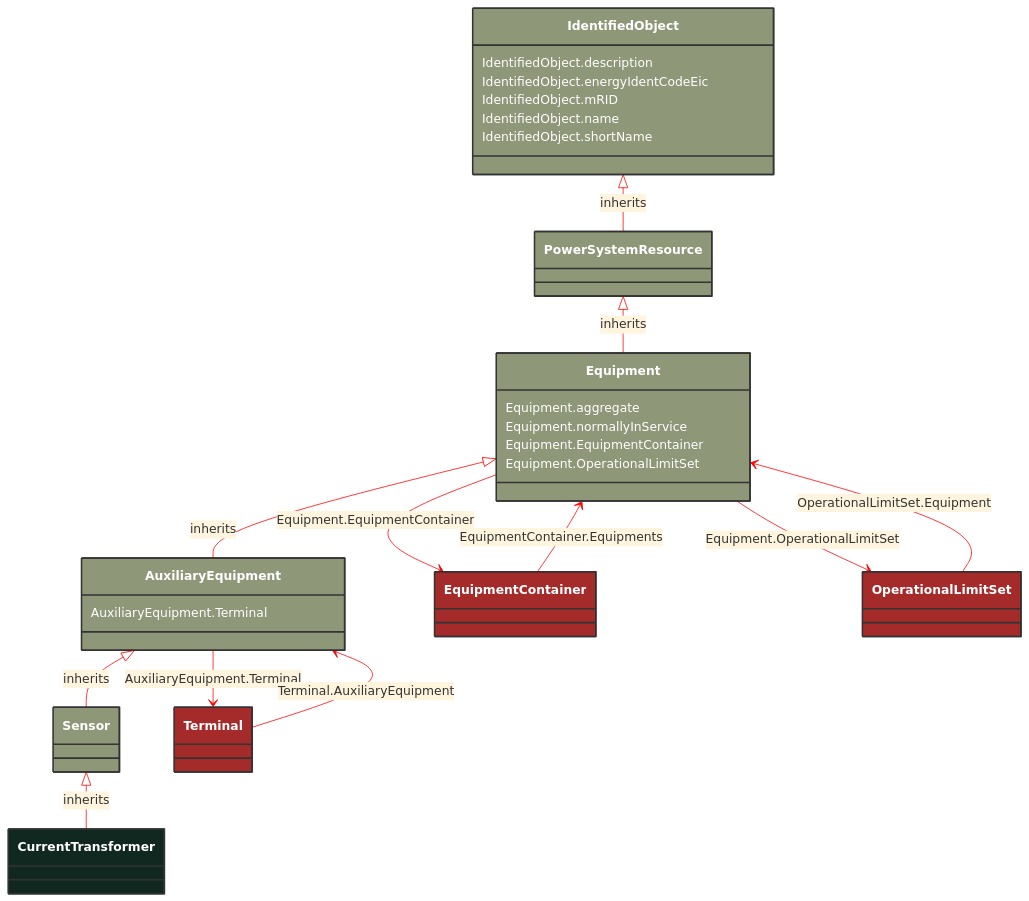
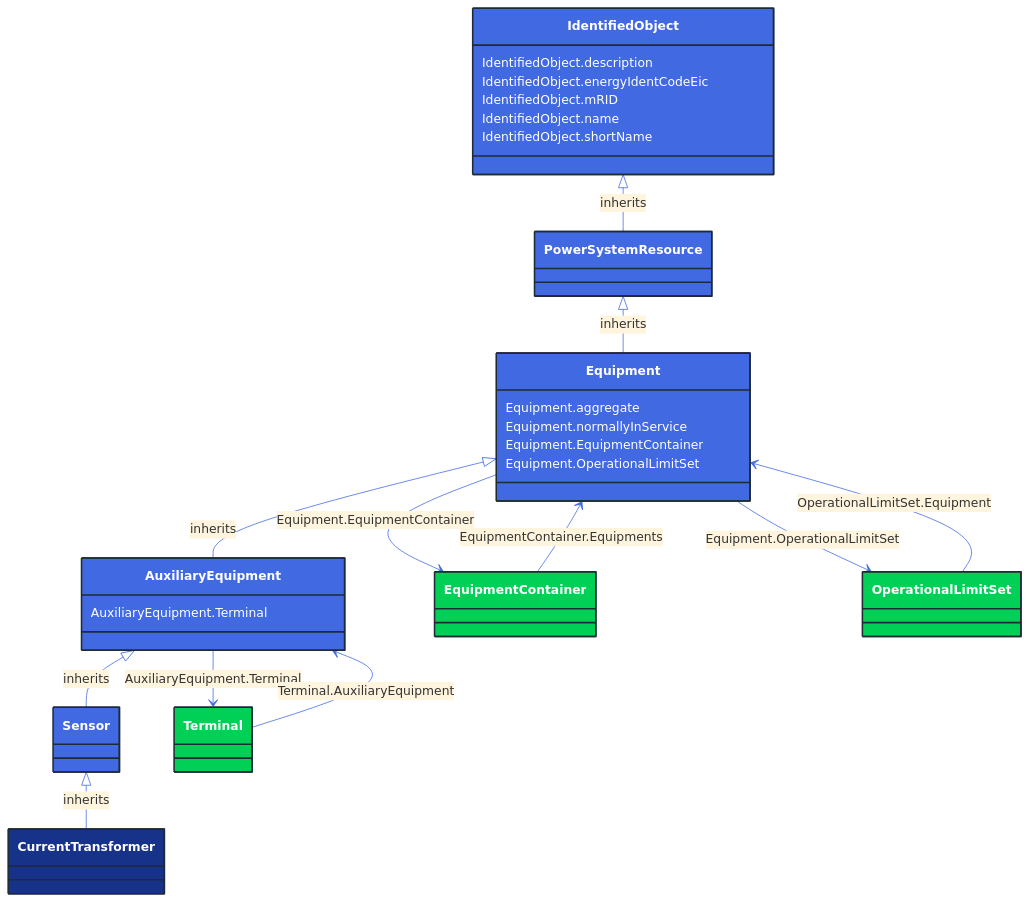
One commit to 3lbits/NoCIMExtensions changed the diagram in docs/Models/Profiles/CoreEquipment/ConcreteClasses/CurrentTransformer.md. Above: the diagram before and after it, drawn with Mermaid. The commit also changed 362 other files, not shown here.

First line of the commit message:
Update diagrams and styles for improved visual consistency

````diff
--- a/docs/Models/Profiles/CoreEquipment/ConcreteClasses/CurrentTransformer.md
+++ b/docs/Models/Profiles/CoreEquipment/ConcreteClasses/CurrentTransformer.md
@@ -8,73 +8,73 @@
 ```mermaid
-%%{init: {'theme':'base','themeVariables': {'lineColor': '#FF0000'}}}%%
+%%{init: {'theme':'base','themeVariables': {'lineColor': '#4169E1'}}}%%
 classDiagram
     class CurrentTransformer
     click CurrentTransformer href "/Models/Profiles/CoreEquipment/ConcreteClasses/CurrentTransformer/"
-    style CurrentTransformer fill:#102820,stroke:#333,stroke-width:2px,rx:10,ry:10,color:white
+    style CurrentTransformer fill:#163289,stroke:#1F2A37,stroke-width:2px,rx:10,ry:10,color:white
      
         Sensor <|-- CurrentTransformer : inherits
             click Sensor href "/Models/Profiles/CoreEquipment/AbstractClasses/Sensor/"
-            style Sensor fill:#8F9779,stroke:#333,stroke-width:2px,rx:10,ry:10,color:white
+            style Sensor fill:#4169E1,stroke:#1F2A37,stroke-width:2px,rx:10,ry:10,color:white
      
         AuxiliaryEquipment <|-- Sensor : inherits
             click AuxiliaryEquipment href "/Models/Profiles/CoreEquipment/AbstractClasses/AuxiliaryEquipment/"
-            style AuxiliaryEquipment fill:#8F9779,stroke:#333,stroke-width:2px,rx:10,ry:10,color:white
+            style AuxiliaryEquipment fill:#4169E1,stroke:#1F2A37,stroke-width:2px,rx:10,ry:10,color:white
      
         Equipment <|-- AuxiliaryEquipment : inherits
             click Equipment href "/Models/Profiles/CoreEquipment/AbstractClasses/Equipment/"
-            style Equipment fill:#8F9779,stroke:#333,stroke-width:2px,rx:10,ry:10,color:white
+            style Equipment fill:#4169E1,stroke:#1F2A37,stroke-width:2px,rx:10,ry:10,color:white
      
         PowerSystemResource <|-- Equipment : inherits
             click PowerSystemResource href "/Models/Profiles/CoreEquipment/AbstractClasses/PowerSystemResource/"
-            style PowerSystemResource fill:#8F9779,stroke:#333,stroke-width:2px,rx:10,ry:10,color:white
+            style PowerSystemResource fill:#4169E1,stroke:#1F2A37,stroke-width:2px,rx:10,ry:10,color:white
      
         IdentifiedObject <|-- PowerSystemResource : inherits
             click IdentifiedObject href "/Models/Profiles/CoreEquipment/AbstractClasses/IdentifiedObject/"
-            style IdentifiedObject fill:#8F9779,stroke:#333,stroke-width:2px,rx:10,ry:10,color:white
+            style IdentifiedObject fill:#4169E1,stroke:#1F2A37,stroke-width:2px,rx:10,ry:10,color:white
 
         AuxiliaryEquipment --> Terminal : AuxiliaryEquipment.Terminal
 
         Terminal
             click Terminal href "/Models/Profiles/CoreEquipment/ConcreteClasses/Terminal/"
-            style Terminal fill:#A52A2A,stroke:#333,stroke-width:2px,rx:10,ry:10,color:white
+            style Terminal fill:#00D156,stroke:#1F2A37,stroke-width:2px,rx:10,ry:10,color:white
         Equipment --> EquipmentContainer : Equipment.EquipmentContainer
 
         EquipmentContainer
             click EquipmentContainer href "/Models/Profiles/CoreEquipment/AbstractClasses/EquipmentContainer/"
-            style EquipmentContainer fill:#A52A2A,stroke:#333,stroke-width:2px,rx:10,ry:10,color:white
+            style EquipmentContainer fill:#00D156,stroke:#1F2A37,stroke-width:2px,rx:10,ry:10,color:white
         Equipment --> OperationalLimitSet : Equipment.OperationalLimitSet
 
         OperationalLimitSet
             click OperationalLimitSet href "/Models/Profiles/CoreEquipment/ConcreteClasses/OperationalLimitSet/"
-            style OperationalLimitSet fill:#A52A2A,stroke:#333,stroke-width:2px,rx:10,ry:10,color:white
+            style OperationalLimitSet fill:#00D156,stroke:#1F2A37,stroke-width:2px,rx:10,ry:10,color:white
 
         EquipmentContainer --> Equipment : EquipmentContainer.Equipments
 
         EquipmentContainer
             click EquipmentContainer href "/Models/Profiles/CoreEquipment/AbstractClasses/EquipmentContainer/"
-            style EquipmentContainer fill:#A52A2A,stroke:#333,stroke-width:2px,rx:10,ry:10,color:white
+            style EquipmentContainer fill:#00D156,stroke:#1F2A37,stroke-width:2px,rx:10,ry:10,color:white
 
         OperationalLimitSet --> Equipment : OperationalLimitSet.Equipment
 
         OperationalLimitSet
             click OperationalLimitSet href "/Models/Profiles/CoreEquipment/ConcreteClasses/OperationalLimitSet/"
-            style OperationalLimitSet fill:#A52A2A,stroke:#333,stroke-width:2px,rx:10,ry:10,color:white
+            style OperationalLimitSet fill:#00D156,stroke:#1F2A37,stroke-width:2px,rx:10,ry:10,color:white
 
         Terminal --> AuxiliaryEquipment : Terminal.AuxiliaryEquipment
 
         Terminal
             click Terminal href "/Models/Profiles/CoreEquipment/ConcreteClasses/Terminal/"
-            style Terminal fill:#A52A2A,stroke:#333,stroke-width:2px,rx:10,ry:10,color:white
+            style Terminal fill:#00D156,stroke:#1F2A37,stroke-width:2px,rx:10,ry:10,color:white
 
 
         AuxiliaryEquipment : AuxiliaryEquipment.Terminal
         Equipment : Equipment.aggregate
         Equipment : Equipment.normallyInService
         Equipment : Equipment.EquipmentContainer
         Equipment : Equipment.OperationalLimitSet
         IdentifiedObject : IdentifiedObject.description
         IdentifiedObject : IdentifiedObject.energyIdentCodeEic
         IdentifiedObject : IdentifiedObject.mRID
         IdentifiedObject : IdentifiedObject.name
         IdentifiedObject : IdentifiedObject.shortName
 ```
````
